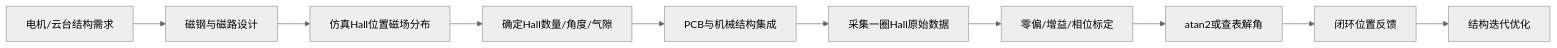
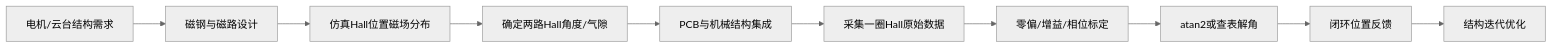
Before and after one commit to Ciri-07/Project-of-a-multi-axis-handheld-gimbal-based-on-BLDC-and-piezoelectric-motors: the third of 4 diagrams in 线性霍尔传感器/线性霍尔高精度位置检测与补偿方法章节.md, drawn with Mermaid (neutral theme). The commit also changed other lines of this file and 8 other files, not shown here.

````diff
--- a/线性霍尔传感器/线性霍尔高精度位置检测与补偿方法章节.md
+++ b/线性霍尔传感器/线性霍尔高精度位置检测与补偿方法章节.md
@@ -460,12 +462,12 @@
 ```mermaid
 flowchart LR
     A[电机/云台结构需求] --> B[磁钢与磁路设计]
     B --> C[仿真Hall位置磁场分布]
-    C --> D[确定Hall数量/角度/气隙]
+    C --> D[确定两路Hall角度/气隙]
     D --> E[PCB与机械结构集成]
     E --> F[采集一圈Hall原始数据]
     F --> G[零偏/增益/相位标定]
     G --> H[atan2或查表解角]
     H --> I[闭环位置反馈]
     I --> J[结构迭代优化]
 ```
````
